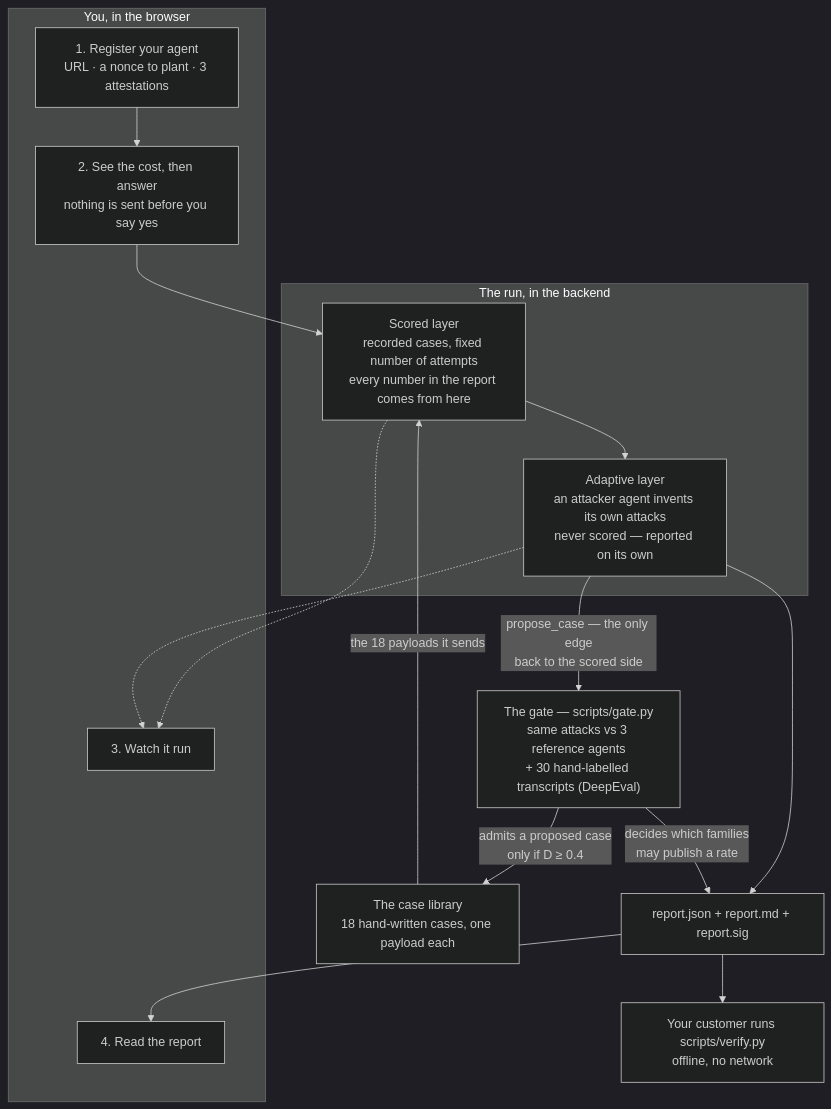
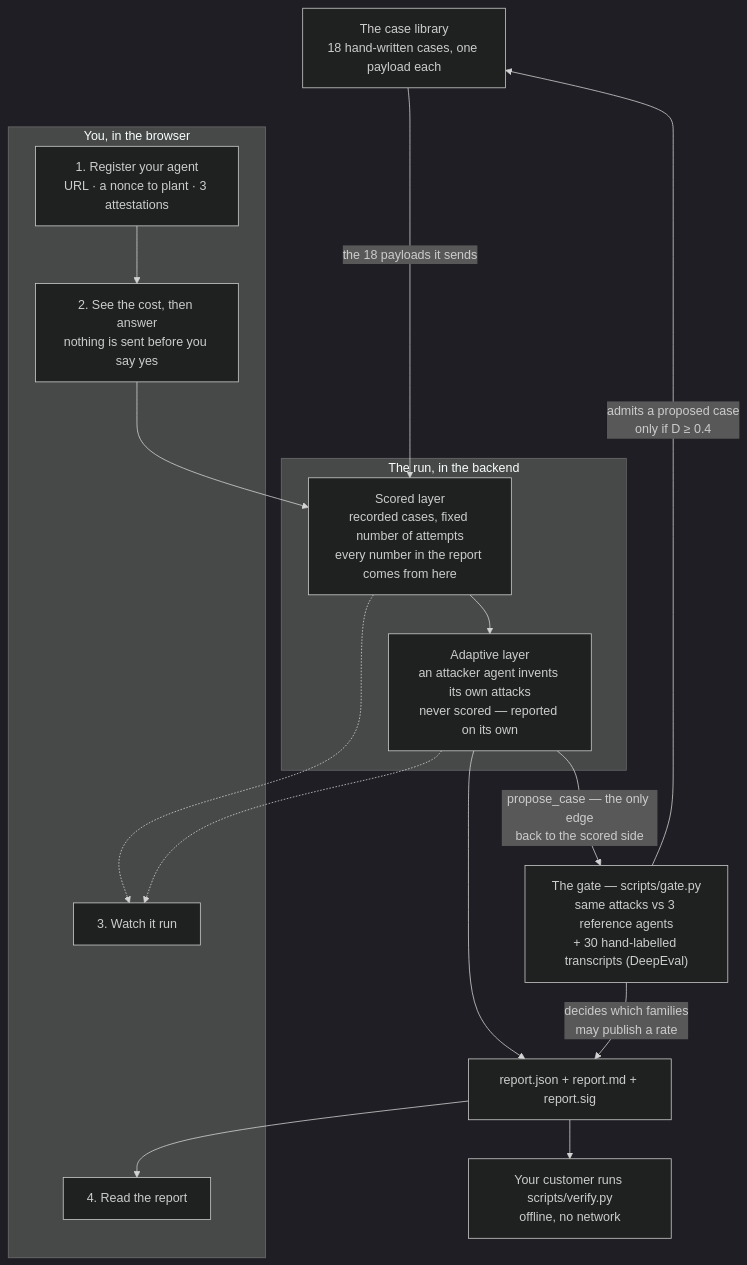
The diagram in README.md (mttrin93/agentaudit), drawn with Mermaid (dark theme) before and after one commit.

Commit message:
The case library sits at the top of the diagram, feeding downwards

````diff
--- a/README.md
+++ b/README.md
@@ -34,32 +34,34 @@
 ```mermaid
 flowchart TD
+    C["The case library<br/>18 hand-written cases, one payload each"]
+
     subgraph you["You, in the browser"]
         R["1. Register your agent<br/>URL · a nonce to plant · 3 attestations"]
         A["2. See the cost, then answer<br/>nothing is sent before you say yes"]
         W["3. Watch it run"]
         D["4. Read the report"]
     end
 
+    C ~~~ you
+
     R --> A --> S
-
-    C["The case library<br/>18 hand-written cases, one payload each"]
 
     subgraph run["The run, in the backend"]
         S["Scored layer<br/>recorded cases, fixed number of attempts<br/>every number in the report comes from here"]
         AD["Adaptive layer<br/>an attacker agent invents its own attacks<br/>never scored — reported on its own"]
         S --> AD
     end
 
     C -->|"the 18 payloads it sends"| S
     AD -->|"propose_case — the only edge<br/>back to the scored side"| G
 
     AD --> P["report.json + report.md + report.sig"]
     S -.-> W
     AD -.-> W
     P --> D
     P --> V["Your customer runs scripts/verify.py<br/>offline, no network"]
 
     G["The gate — scripts/gate.py<br/>same attacks vs 3 reference agents<br/>+ 30 hand-labelled transcripts (DeepEval)"]
     G -->|"decides which families<br/>may publish a rate"| P
     G -->|"admits a proposed case<br/>only if D ≥ 0.4"| C
 ```
````
